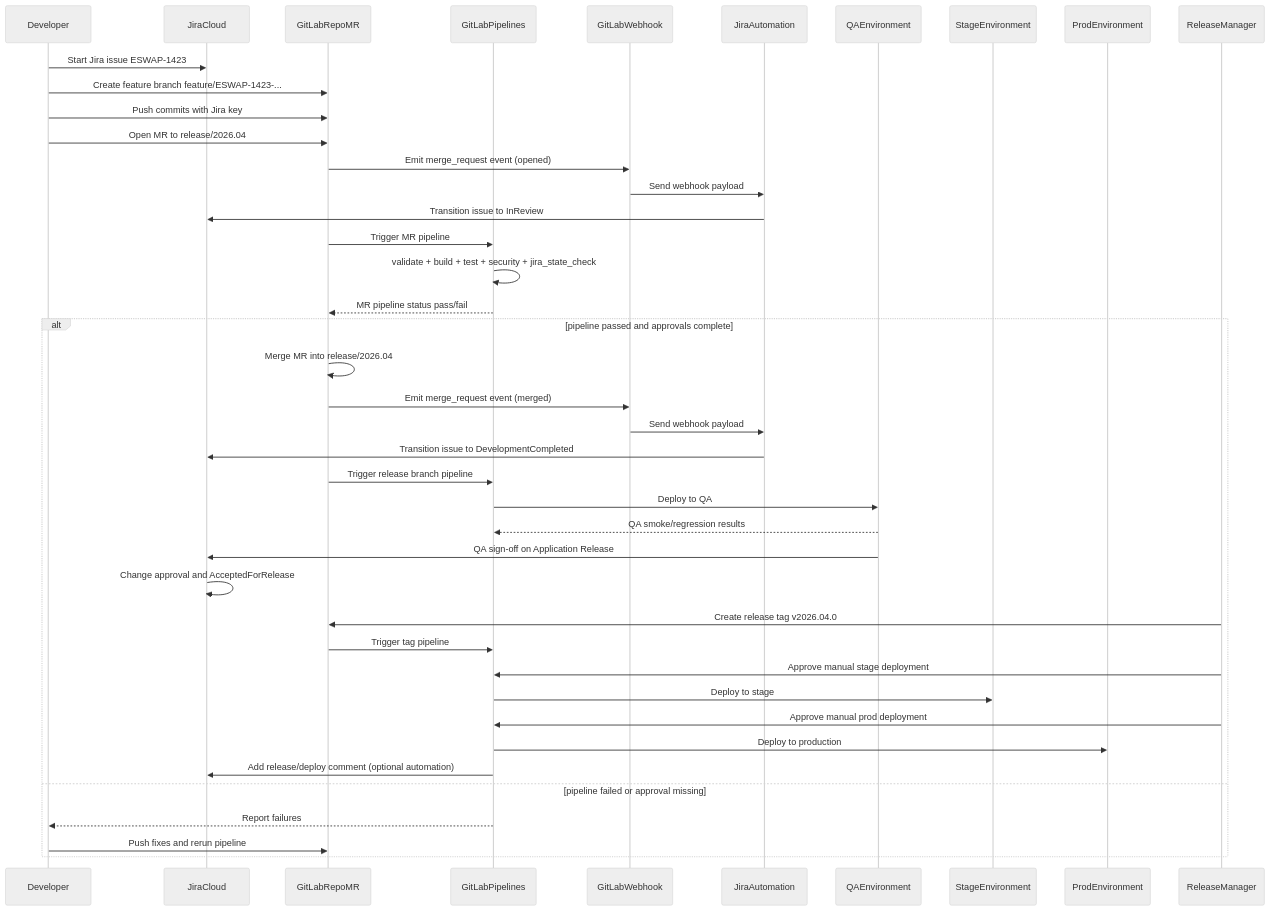
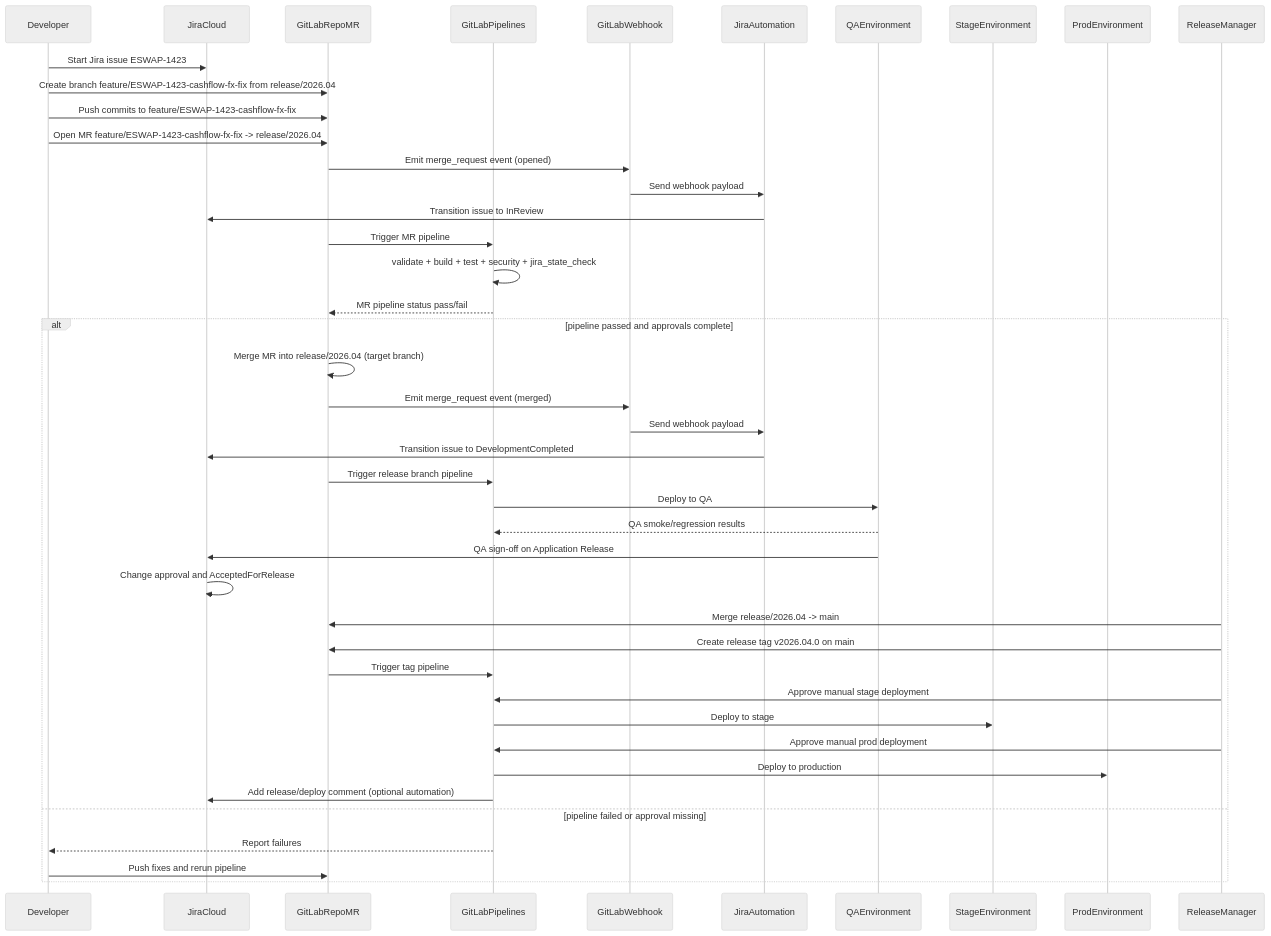
The second of 3 diagrams in overall-swaps/gitlab_jira_cicd_migration_artifact.md (srviswan/pb-synth-overall-service-blueprint), drawn with Mermaid (neutral theme) before and after one commit. The commit also changed other lines of this file, not shown here.

First line of the commit message:
Expand CI/CD artifact with branch legends and dependency governance

````diff
--- a/overall-swaps/gitlab_jira_cicd_migration_artifact.md
+++ b/overall-swaps/gitlab_jira_cicd_migration_artifact.md
@@ -71,50 +76,51 @@
 ```mermaid
 sequenceDiagram
     participant Dev as Developer
     participant Jira as JiraCloud
     participant GL as GitLabRepoMR
     participant CI as GitLabPipelines
     participant WH as GitLabWebhook
     participant JA as JiraAutomation
     participant QA as QAEnvironment
     participant STG as StageEnvironment
     participant PROD as ProdEnvironment
     participant REL as ReleaseManager
 
     Dev->>Jira: Start Jira issue ESWAP-1423
-    Dev->>GL: Create feature branch feature/ESWAP-1423-...
-    Dev->>GL: Push commits with Jira key
-    Dev->>GL: Open MR to release/2026.04
+    Dev->>GL: Create branch feature/ESWAP-1423-cashflow-fx-fix from release/2026.04
+    Dev->>GL: Push commits to feature/ESWAP-1423-cashflow-fx-fix
+    Dev->>GL: Open MR feature/ESWAP-1423-cashflow-fx-fix -> release/2026.04
 
     GL->>WH: Emit merge_request event (opened)
     WH->>JA: Send webhook payload
     JA->>Jira: Transition issue to InReview
 
     GL->>CI: Trigger MR pipeline
     CI->>CI: validate + build + test + security + jira_state_check
     CI-->>GL: MR pipeline status pass/fail
 
     alt pipeline passed and approvals complete
-        GL->>GL: Merge MR into release/2026.04
+        GL->>GL: Merge MR into release/2026.04 (target branch)
         GL->>WH: Emit merge_request event (merged)
         WH->>JA: Send webhook payload
         JA->>Jira: Transition issue to DevelopmentCompleted
 
         GL->>CI: Trigger release branch pipeline
         CI->>QA: Deploy to QA
         QA-->>CI: QA smoke/regression results
         QA->>Jira: QA sign-off on Application Release
         Jira->>Jira: Change approval and AcceptedForRelease
 
-        REL->>GL: Create release tag v2026.04.0
+        REL->>GL: Merge release/2026.04 -> main
+        REL->>GL: Create release tag v2026.04.0 on main
         GL->>CI: Trigger tag pipeline
         REL->>CI: Approve manual stage deployment
         CI->>STG: Deploy to stage
         REL->>CI: Approve manual prod deployment
         CI->>PROD: Deploy to production
         CI->>Jira: Add release/deploy comment (optional automation)
     else pipeline failed or approval missing
         CI-->>Dev: Report failures
         Dev->>GL: Push fixes and rerun pipeline
     end
 ```
````
